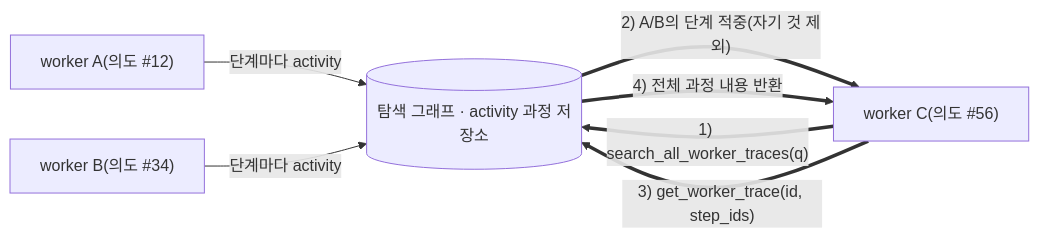
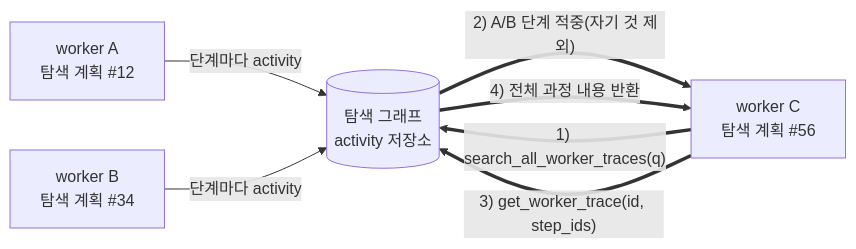
Before and after one commit to wnduddld0513/ARTEX-KR: the fourth of 5 diagrams in README.md, drawn with Mermaid. The commit also changed other lines of this file and 88 other files, not shown here.

````diff
--- a/README.md
+++ b/README.md
@@ -429,9 +437,9 @@
 ```mermaid
 flowchart LR
-  WA["worker A(의도 #12)"] -->|"단계마다 activity"| ACT[("탐색 그래프 · activity 과정 저장소")]
-  WB["worker B(의도 #34)"] -->|"단계마다 activity"| ACT
-  WC["worker C(의도 #56)"] ==>|"1) search_all_worker_traces(q)"| ACT
-  ACT ==>|"2) A/B의 단계 적중(자기 것 제외)"| WC
+  WA["worker A<br/>탐색 계획 #12"] -->|"단계마다 activity"| ACT[("탐색 그래프<br/>activity 저장소")]
+  WB["worker B<br/>탐색 계획 #34"] -->|"단계마다 activity"| ACT
+  WC["worker C<br/>탐색 계획 #56"] ==>|"1) search_all_worker_traces(q)"| ACT
+  ACT ==>|"2) A/B 단계 적중(자기 것 제외)"| WC
   WC ==>|"3) get_worker_trace(id, step_ids)"| ACT
   ACT ==>|"4) 전체 과정 내용 반환"| WC
 ```
````
